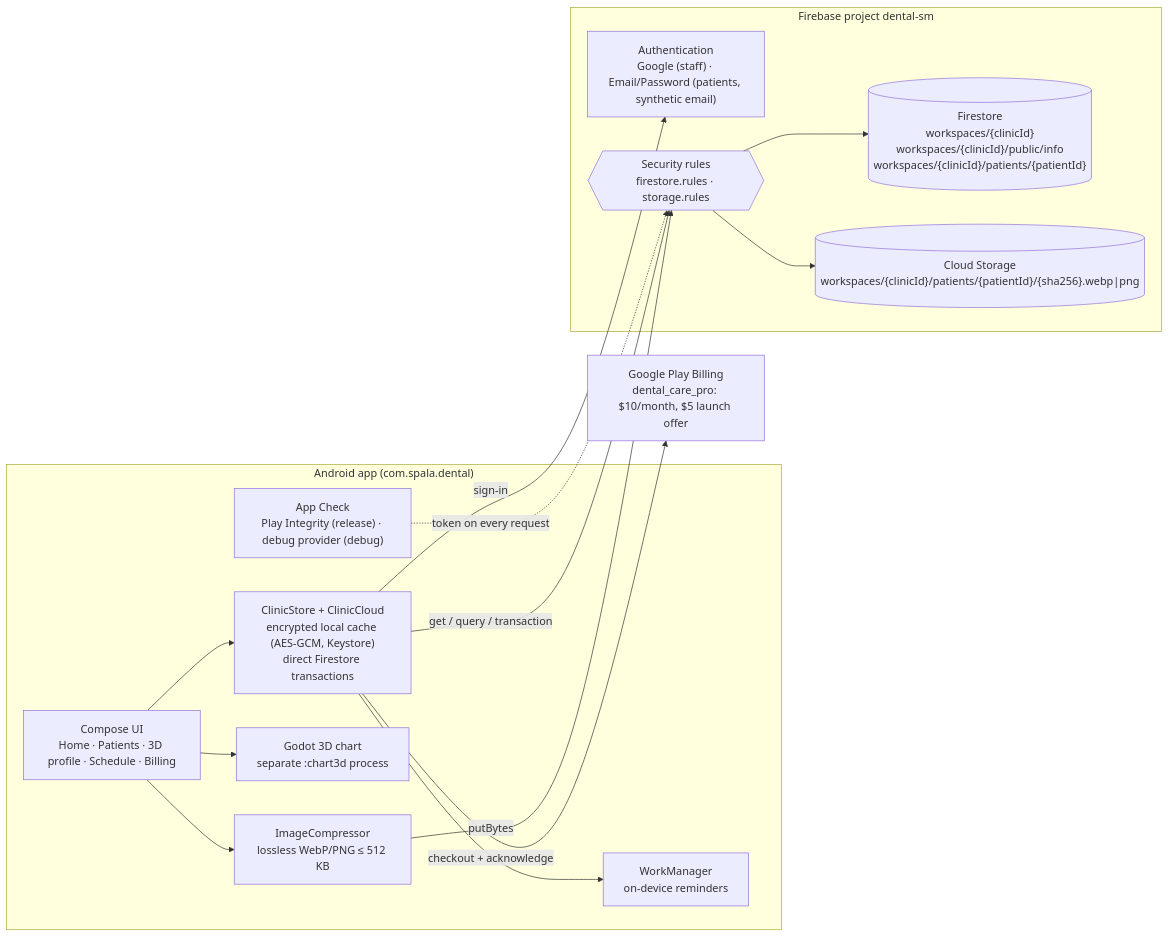
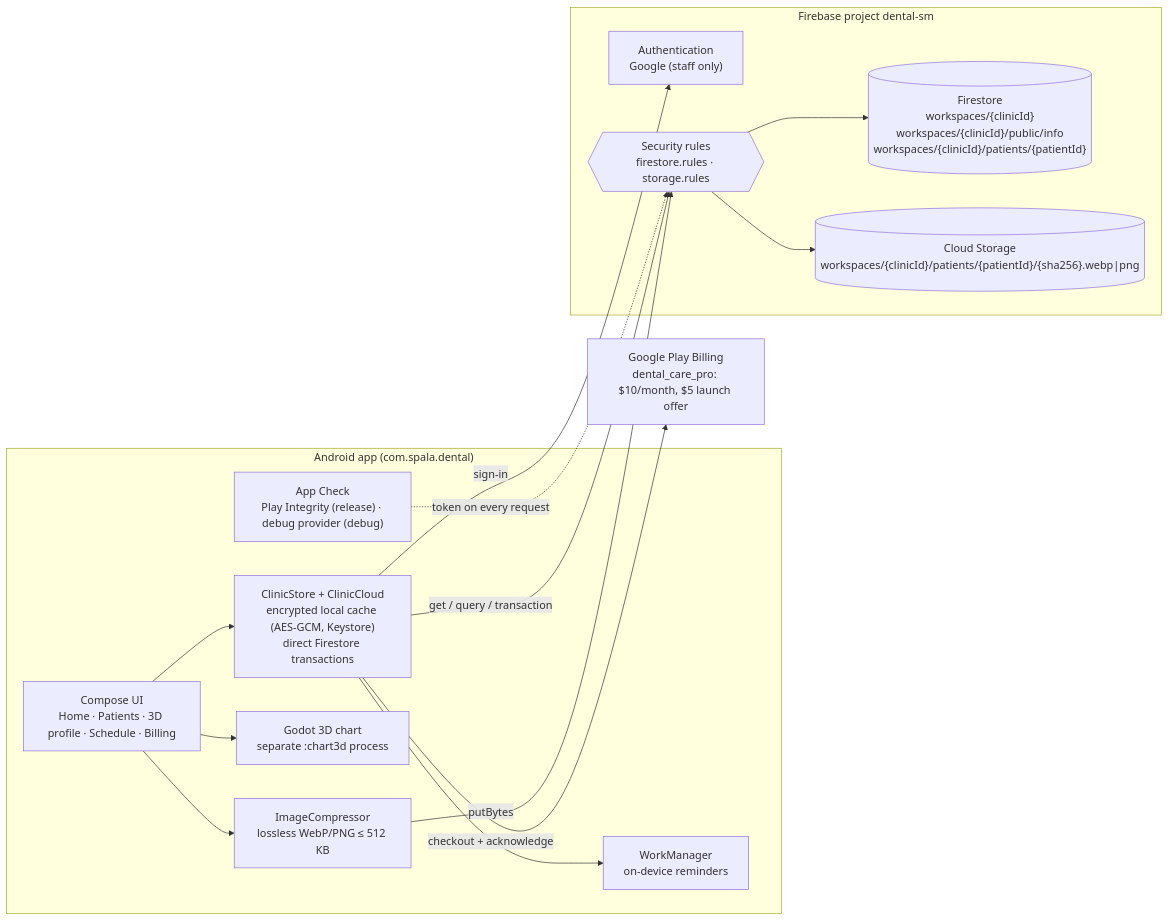
Before and after one commit to arifincsebuet/Dental: the first of 6 diagrams in Docs/firebase_architecture.md, drawn with Mermaid. The commit also changed other lines of this file and 13 other files, not shown here.

````diff
--- a/Docs/firebase_architecture.md
+++ b/Docs/firebase_architecture.md
@@ -17,29 +17,29 @@
 ```mermaid
 flowchart LR
   subgraph Android["Android app (com.spala.dental)"]
     UI["Compose UI<br/>Home · Patients · 3D profile · Schedule · Billing"]
     Store["ClinicStore + ClinicCloud<br/>encrypted local cache (AES-GCM, Keystore)<br/>direct Firestore transactions"]
     Img["ImageCompressor<br/>lossless WebP/PNG ≤ 512 KB"]
     WM["WorkManager<br/>on-device reminders"]
     G3D["Godot 3D chart<br/>separate :chart3d process"]
     AC["App Check<br/>Play Integrity (release) · debug provider (debug)"]
     UI --> Store
     UI --> G3D
     UI --> Img
     Store --> WM
   end
 
   subgraph Firebase["Firebase project dental-sm"]
-    Auth["Authentication<br/>Google (staff) · Email/Password (patients, synthetic email)"]
+    Auth["Authentication<br/>Google (staff only)"]
     Rules{{"Security rules<br/>firestore.rules · storage.rules"}}
     FS[("Firestore<br/>workspaces/{clinicId}<br/>workspaces/{clinicId}/public/info<br/>workspaces/{clinicId}/patients/{patientId}")]
     ST[("Cloud Storage<br/>workspaces/{clinicId}/patients/{patientId}/{sha256}.webp|png")]
   end
   Play["Google Play Billing<br/>dental_care_pro: $10/month, $5 launch offer"]
 
   Store -- "sign-in" --> Auth
   AC -. "token on every request" .-> Rules
   Store -- "get / query / transaction" --> Rules --> FS
   Img -- "putBytes" --> Rules --> ST
   Store -- "checkout + acknowledge" --> Play
 ```
````
